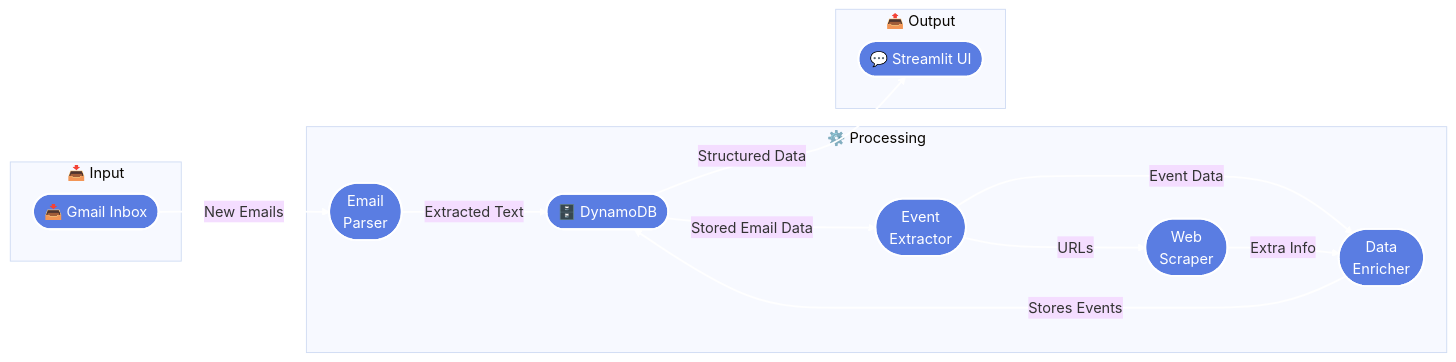
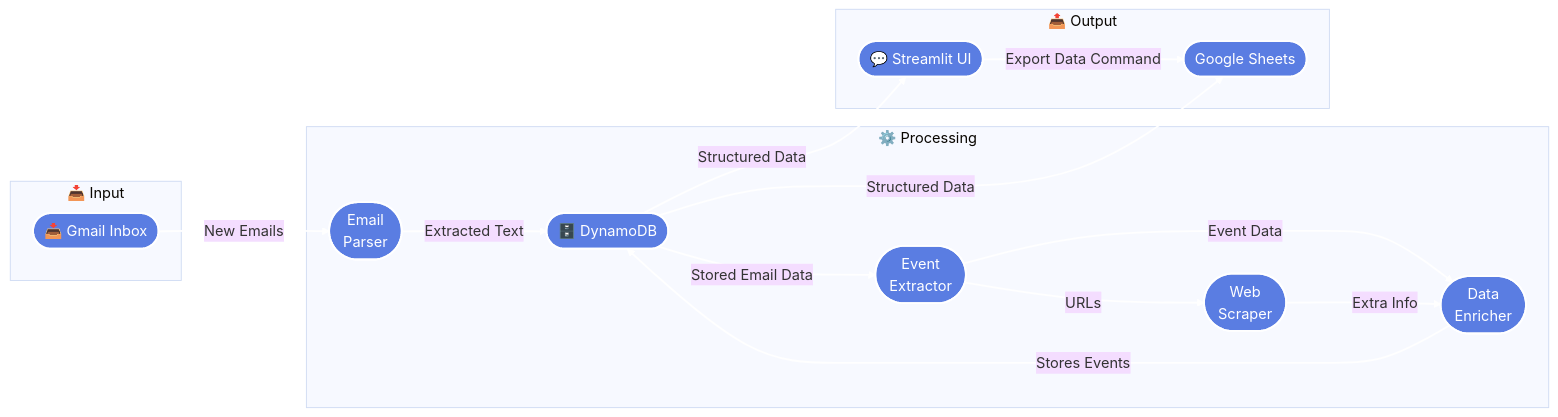
One commit to lauren-cordova/event-agent changed the diagram in README.md. Above: the diagram before and after it, drawn with Mermaid (base theme).

Commit message:
Update README.md
Added Google Sheets to Architecture Diagram

````diff
--- a/README.md
+++ b/README.md
@@ -17,37 +17,41 @@
 ```mermaid
 graph LR
     subgraph Input [📥 Input]
         G([📥 Gmail Inbox])
     end
 
     subgraph Processing [⚙️ Processing]
         E([Email<br>Parser])
         X([Event<br>Extractor])
         W([Web<br>Scraper])
         D([Data<br>Enricher])
         DB([🗄️ DynamoDB])
     end
 
     subgraph Output [📤 Output]
         UI([💬 Streamlit UI])
+        GS([Google Sheets])
     end
 
     G -->|New Emails| E
     E -->|Extracted Text| DB
     DB -->|Stored Email Data| X
     X -->|Event Data| D
     X -->|URLs| W
     W -->|Extra Info| D
     D -->|Stores Events| DB
     DB -->|Structured Data| UI
+    DB -->|Structured Data| GS
+    UI -->|Export Data Command| GS
 
     style G fill:#5a7de2,stroke:#fff,stroke-width:2px,color:#fff
     style E fill:#5a7de2,stroke:#fff,stroke-width:2px,color:#fff
     style X fill:#5a7de2,stroke:#fff,stroke-width:2px,color:#fff
     style W fill:#5a7de2,stroke:#fff,stroke-width:2px,color:#fff
     style D fill:#5a7de2,stroke:#fff,stroke-width:2px,color:#fff
     style UI fill:#5a7de2,stroke:#fff,stroke-width:2px,color:#fff
     style DB fill:#5a7de2,stroke:#fff,stroke-width:2px,color:#fff
+    style GS fill:#5a7de2,stroke:#fff,stroke-width:2px,color:#fff
 
     linkStyle default stroke:#fff,stroke-width:2px
 ```
````
